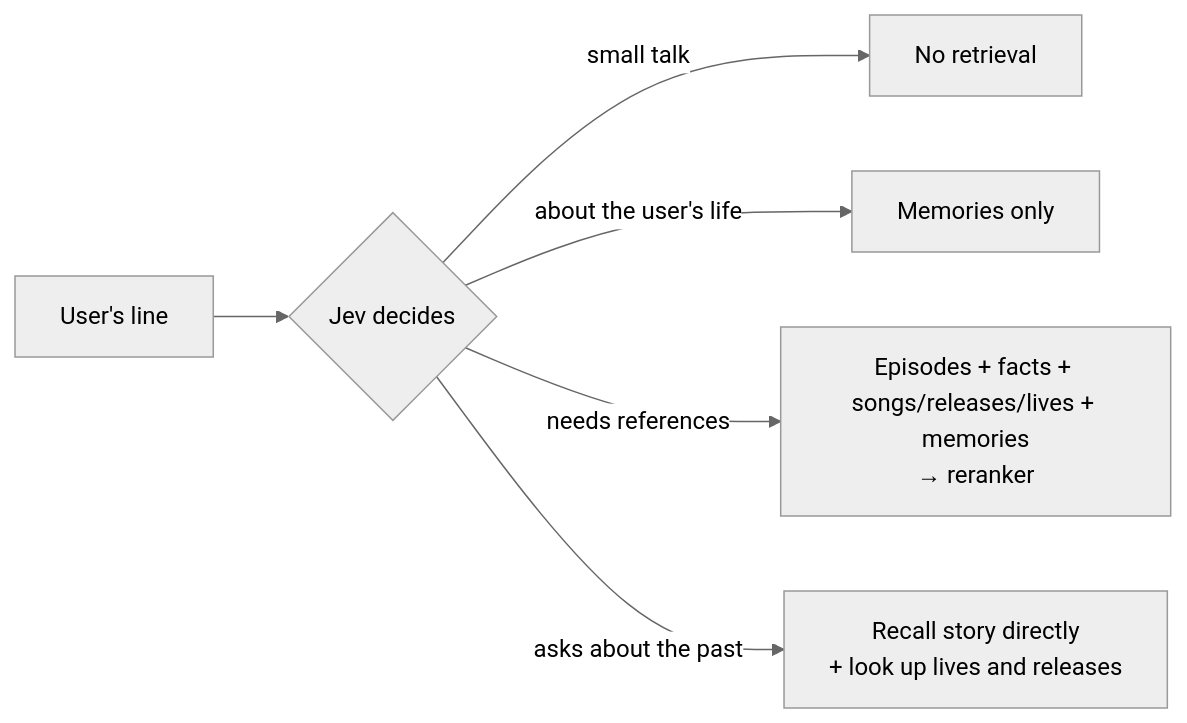
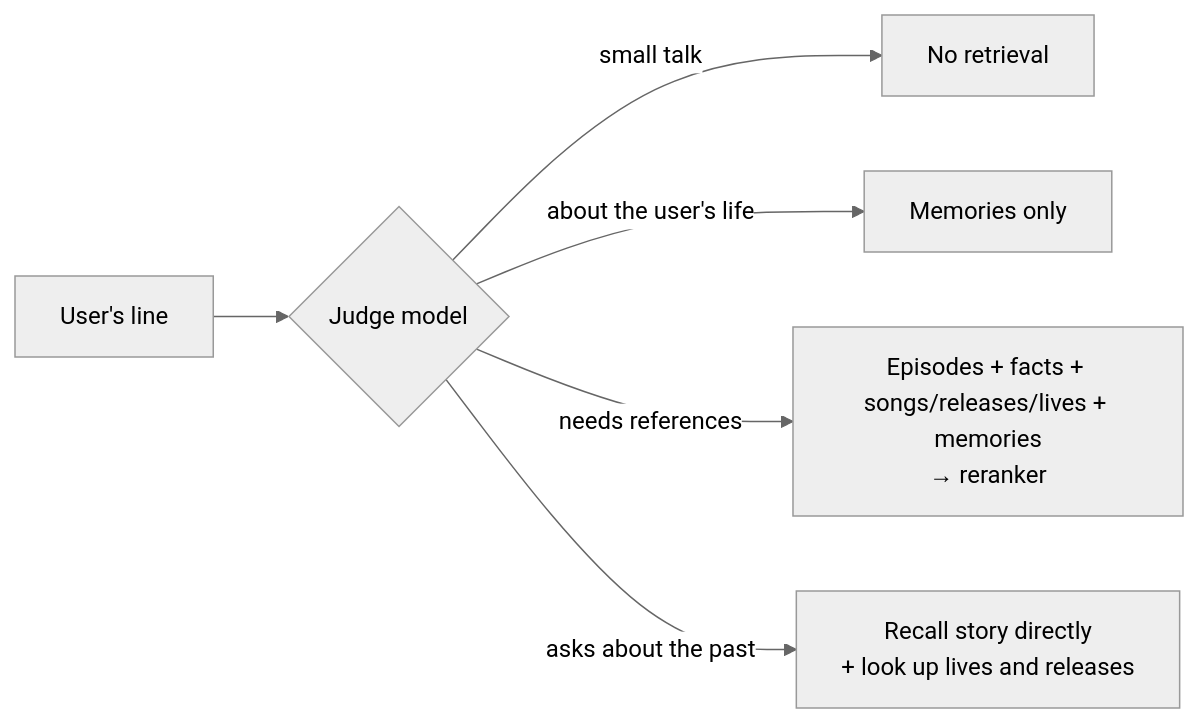
One commit to 3aKHP/idolum changed the second of 2 diagrams in README.en.md. Above: the diagram before and after it, drawn with Mermaid (neutral theme). The commit also changed other lines of this file and 6 other files, not shown here.

````diff
--- a/README.en.md
+++ b/README.en.md
@@ -389,8 +403,8 @@
 ```mermaid
 flowchart LR
-    Q["User's line"] --> Jev{"Jev decides"}
+    Q["User's line"] --> Jev{"Judge model"}
     Jev -- small talk --> None["No retrieval"]
     Jev -- about the user's life --> Mem["Memories only"]
     Jev -- needs references --> Ref["Episodes + facts + songs/releases/lives + memories<br/>→ reranker"]
     Jev -- asks about the past --> Recall["Recall story directly<br/>+ look up lives and releases"]
 ```
````
